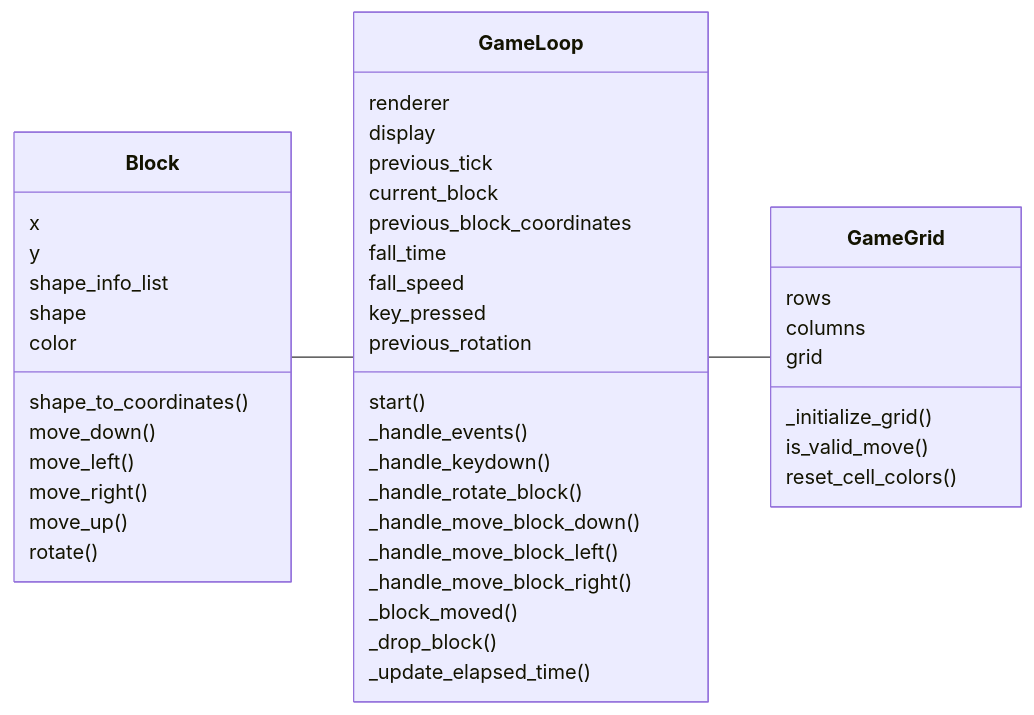
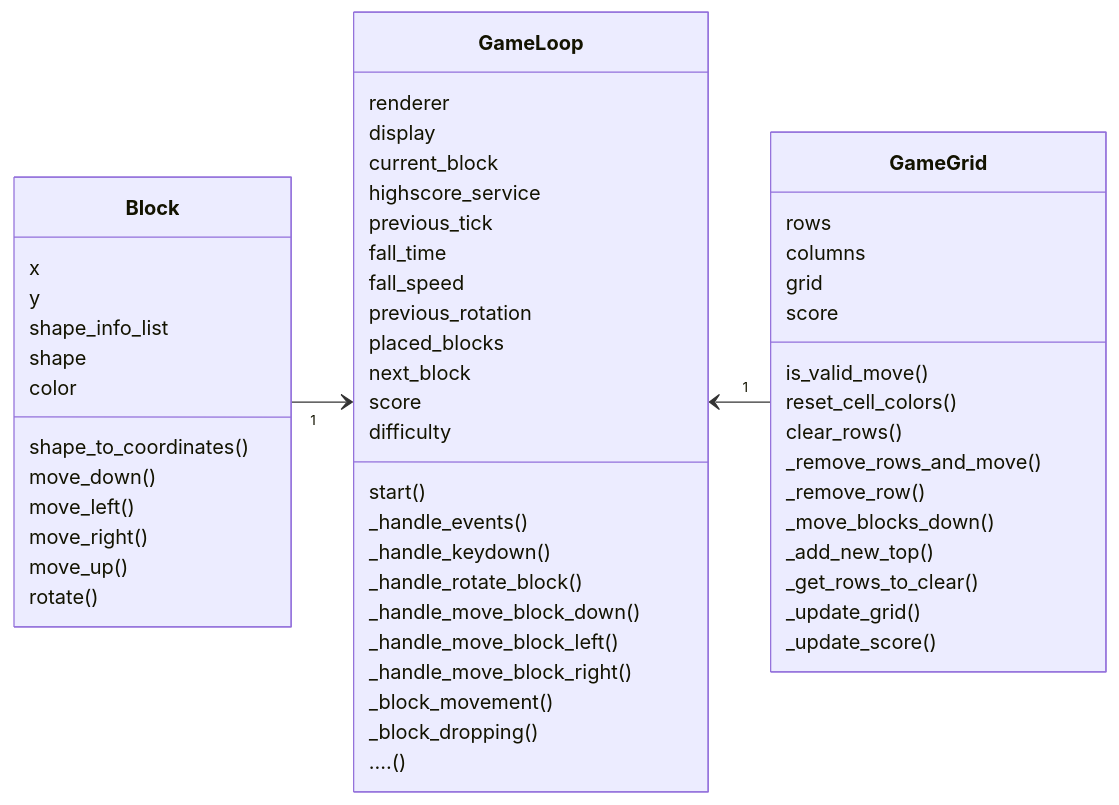
Before and after one commit to smannist/ot2023: the first of 2 diagrams in dokumentaatio/arkkitehtuuri.md, drawn with Mermaid. The commit also changed other lines of this file, not shown here.

Commit message:
Updated arkkitehtuuri

````diff
--- a/dokumentaatio/arkkitehtuuri.md
+++ b/dokumentaatio/arkkitehtuuri.md
@@ -6,56 +8,67 @@
 ```mermaid
 
  classDiagram
  
  direction LR
  
-      Block -- GameLoop
-      GameLoop -- GameGrid
+      Block "1" --> GameLoop
+      GameLoop <-- "1" GameGrid
       
       
       class Block{
       x
       y
       shape_info_list
       shape
       color
       shape_to_coordinates()
       move_down()
       move_left()
       move_right()
       move_up()
       rotate()
       }
       
       class GameGrid{
       rows
       columns
       grid
-      _initialize_grid()
+      score
       is_valid_move()
       reset_cell_colors()
+      clear_rows()
+      _remove_rows_and_move()
+      _remove_row()
+      _move_blocks_down()
+      _add_new_top()
+      _get_rows_to_clear()
+      _update_grid()
+      _update_score()
       }
       
       class GameLoop{
       renderer
       display
+      current_block
+      highscore_service
       previous_tick
-      current_block
-      previous_block_coordinates
       fall_time
       fall_speed
-      key_pressed
       previous_rotation
+      placed_blocks
+      next_block
+      score
+      difficulty
       start()
       _handle_events()
       _handle_keydown()
       _handle_rotate_block()
       _handle_move_block_down()
       _handle_move_block_left()
       _handle_move_block_right()
-      _block_moved()
-      _drop_block()
-      _update_elapsed_time()
+      _block_movement()
+      _block_dropping()
+      ....()
       }
       
 ```
````
